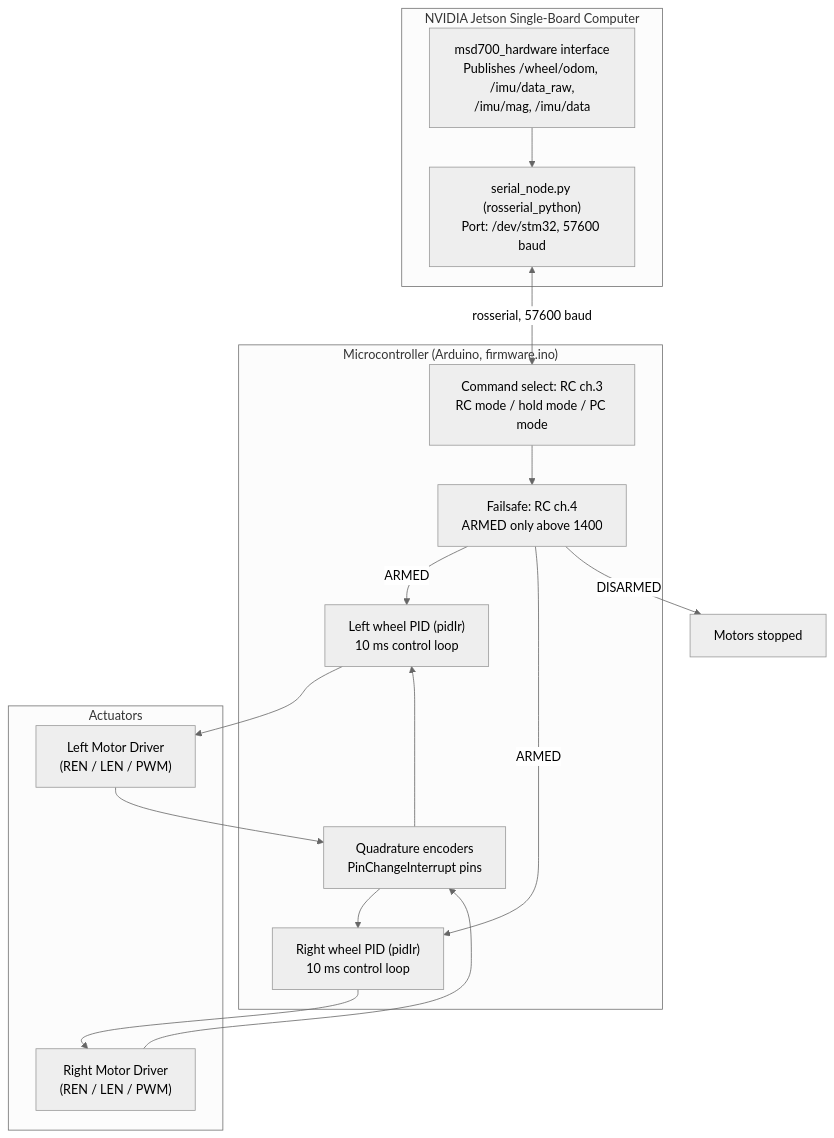
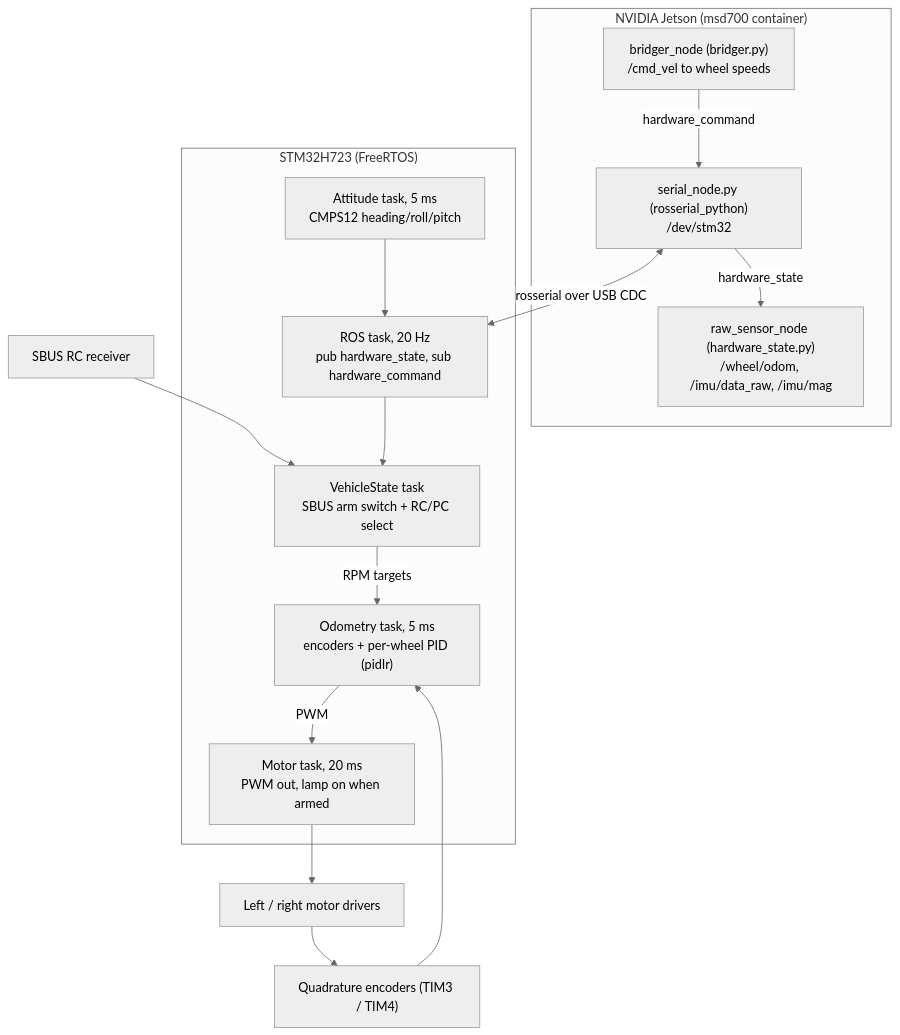
Before and after one commit to itbdelaboprogramming/msd700_documentation: the diagram in docs/development/ros/firmware-and-hardware.md, drawn with Mermaid (neutral theme). The commit also changed other lines of this file and 340 other files, not shown here.

````diff
--- a/docs/development/ros/firmware-and-hardware.md
+++ b/docs/development/ros/firmware-and-hardware.md
@@ -14,36 +18,28 @@
 ```mermaid
 flowchart TD
-  subgraph JetsonSBC["NVIDIA Jetson Single-Board Computer"]
-    SERIAL_NODE["serial_node.py (rosserial_python)<br/>Port: /dev/stm32, 57600 baud"]
-    HW_IF["msd700_hardware interface<br/>Publishes /wheel/odom, /imu/data_raw,<br/>/imu/mag, /imu/data"]
+  subgraph JetsonSBC["NVIDIA Jetson (msd700 container)"]
+    SERIAL_NODE["serial_node.py (rosserial_python)<br/>/dev/stm32"]
+    RAW["raw_sensor_node (hardware_state.py)<br/>/wheel/odom, /imu/data_raw, /imu/mag"]
+    BRIDGER["bridger_node (bridger.py)<br/>/cmd_vel to wheel speeds"]
   end
 
-  subgraph Microcontroller["Microcontroller (Arduino, firmware.ino)"]
-    CMD_SEL["Command select: RC ch.3<br/>RC mode / hold mode / PC mode"]
-    FAILSAFE["Failsafe: RC ch.4<br/>ARMED only above 1400"]
-    PID_L["Left wheel PID (pidIr)<br/>10 ms control loop"]
-    PID_R["Right wheel PID (pidIr)<br/>10 ms control loop"]
-    ENC["Quadrature encoders<br/>PinChangeInterrupt pins"]
+  subgraph MCU["STM32H723 (FreeRTOS)"]
+    ROS_TASK["ROS task, 20 Hz<br/>pub hardware_state, sub hardware_command"]
+    STATE_TASK["VehicleState task<br/>SBUS arm switch + RC/PC select"]
+    ODOM_TASK["Odometry task, 5 ms<br/>encoders + per-wheel PID (pidIr)"]
+    MOTOR_TASK["Motor task, 20 ms<br/>PWM out, lamp on when armed"]
+    ATT_TASK["Attitude task, 5 ms<br/>CMPS12 heading/roll/pitch"]
   end
 
-  subgraph PowerStage["Actuators"]
-    H_BRIDGE_L["Left Motor Driver<br/>(REN / LEN / PWM)"]
-    H_BRIDGE_R["Right Motor Driver<br/>(REN / LEN / PWM)"]
-  end
-
-  SERIAL_NODE <-->|rosserial, 57600 baud| CMD_SEL
-  CMD_SEL --> FAILSAFE
-  FAILSAFE -->|ARMED| PID_L
-  FAILSAFE -->|ARMED| PID_R
-  FAILSAFE -->|DISARMED| STOP["Motors stopped"]
-
-  PID_L --> H_BRIDGE_L
-  PID_R --> H_BRIDGE_R
-
-  H_BRIDGE_L --> ENC
-  H_BRIDGE_R --> ENC
-  ENC --> PID_L
-  ENC --> PID_R
-
-  HW_IF --> SERIAL_NODE
+  RC["SBUS RC receiver"] --> STATE_TASK
+  SERIAL_NODE <-->|rosserial over USB CDC| ROS_TASK
+  BRIDGER -->|hardware_command| SERIAL_NODE
+  SERIAL_NODE -->|hardware_state| RAW
+  ROS_TASK --> STATE_TASK
+  STATE_TASK -->|RPM targets| ODOM_TASK
+  ODOM_TASK -->|PWM| MOTOR_TASK
+  MOTOR_TASK --> DRV["Left / right motor drivers"]
+  DRV --> ENC["Quadrature encoders (TIM3 / TIM4)"]
+  ENC --> ODOM_TASK
+  ATT_TASK --> ROS_TASK
 ```
````
